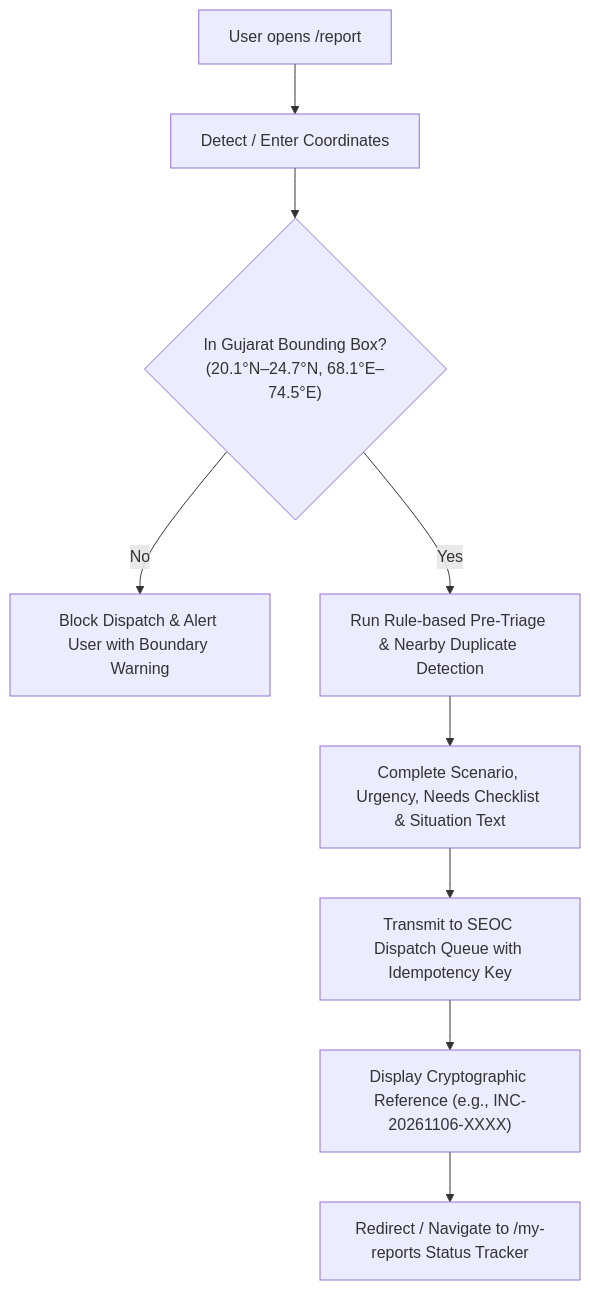
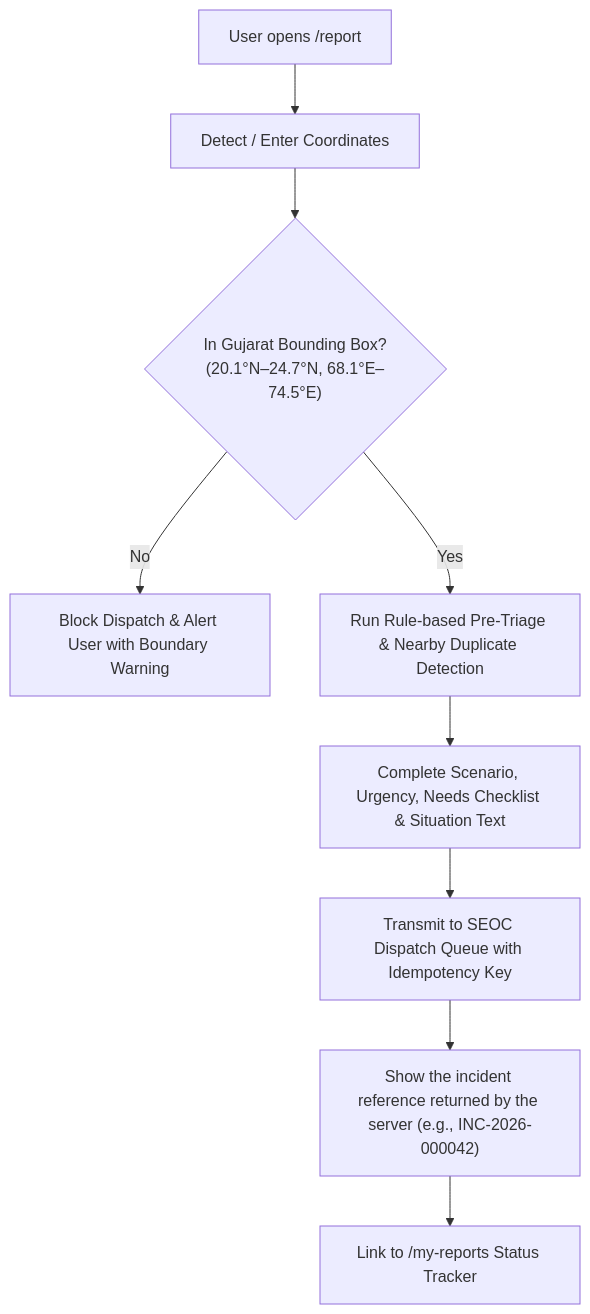
The first of 2 diagrams in docs/frontend-citizen-field-guide.md (Siddhcreator-1706/IT314_Software_Project), drawn with Mermaid before and after one commit. The commit also changed other lines of this file, not shown here.

````diff
--- a/docs/frontend-citizen-field-guide.md
+++ b/docs/frontend-citizen-field-guide.md
@@ -34,11 +34,11 @@
 ```mermaid
 flowchart TD
     Start["User opens /report"] --> GeoCheck["Detect / Enter Coordinates"]
     GeoCheck --> BoundaryCheck{"In Gujarat Bounding Box?<br/>(20.1°N–24.7°N, 68.1°E–74.5°E)"}
     BoundaryCheck -- No --> BlockSubmit["Block Dispatch & Alert User with Boundary Warning"]
     BoundaryCheck -- Yes --> Advisory["Run Rule-based Pre-Triage & Nearby Duplicate Detection"]
     Advisory --> InputFields["Complete Scenario, Urgency, Needs Checklist & Situation Text"]
     InputFields --> Submit["Transmit to SEOC Dispatch Queue with Idempotency Key"]
-    Submit --> Success["Display Cryptographic Reference (e.g., INC-20261106-XXXX)"]
-    Success --> LinkMyReports["Redirect / Navigate to /my-reports Status Tracker"]
+    Submit --> Success["Show the incident reference returned by the server (e.g., INC-2026-000042)"]
+    Success --> LinkMyReports["Link to /my-reports Status Tracker"]
 ```
````
